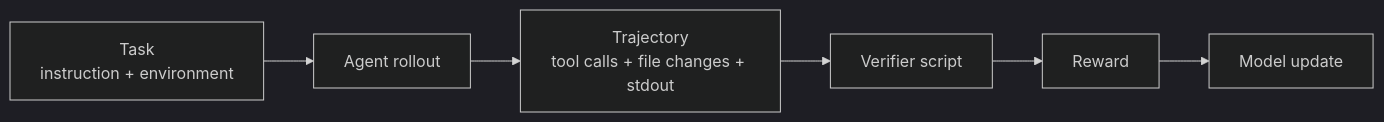
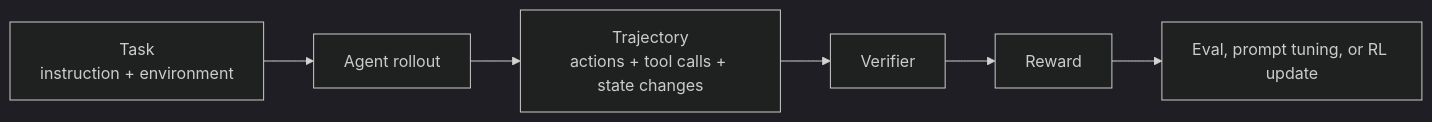
Before and after one commit to arakoodev/SolRL: the first of 13 diagrams in why.md, drawn with Mermaid (dark theme). The commit also changed other lines of this file, not shown here.

````diff
--- a/why.md
+++ b/why.md
@@ -26,8 +25,8 @@
 ```mermaid
 flowchart LR
     Task["Task<br/>instruction + environment"] --> Agent["Agent rollout"]
-    Agent --> Trajectory["Trajectory<br/>tool calls + file changes + stdout"]
-    Trajectory --> Verifier["Verifier script"]
+    Agent --> Trajectory["Trajectory<br/>actions + tool calls + state changes"]
+    Trajectory --> Verifier["Verifier"]
     Verifier --> Reward["Reward"]
-    Reward --> Training["Model update"]
+    Reward --> Train["Eval, prompt tuning, or RL update"]
 ```
````
